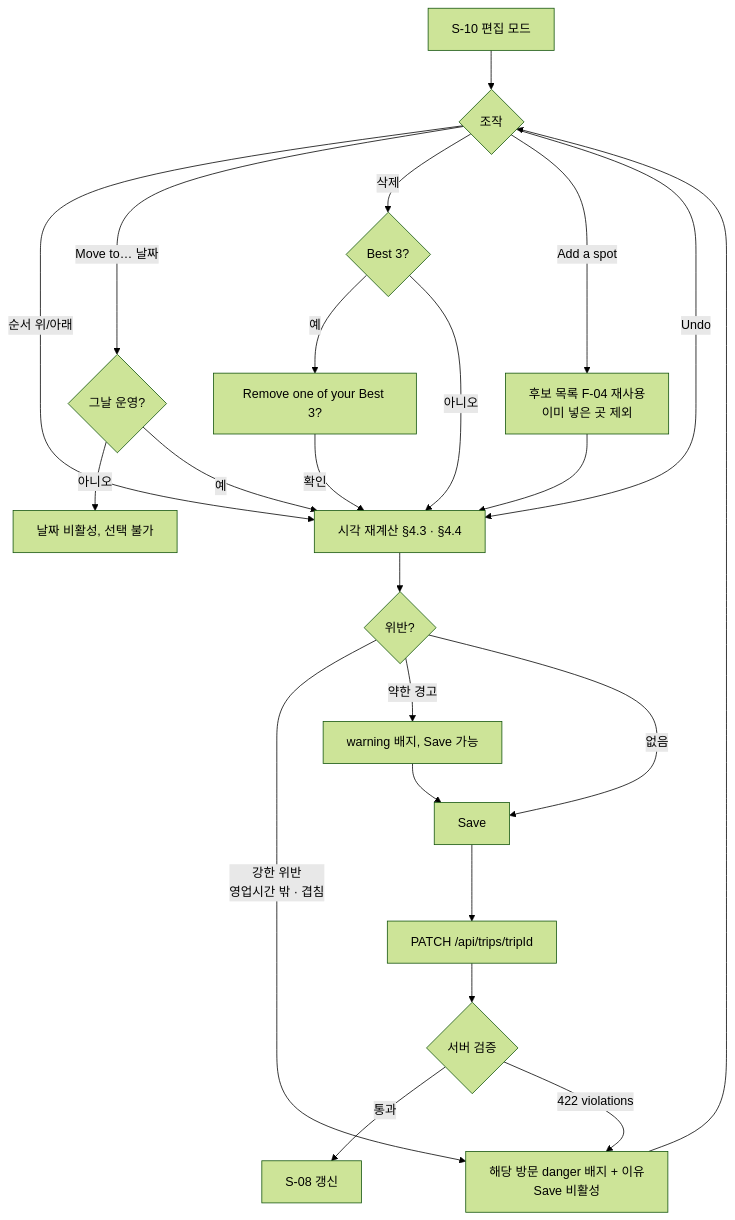
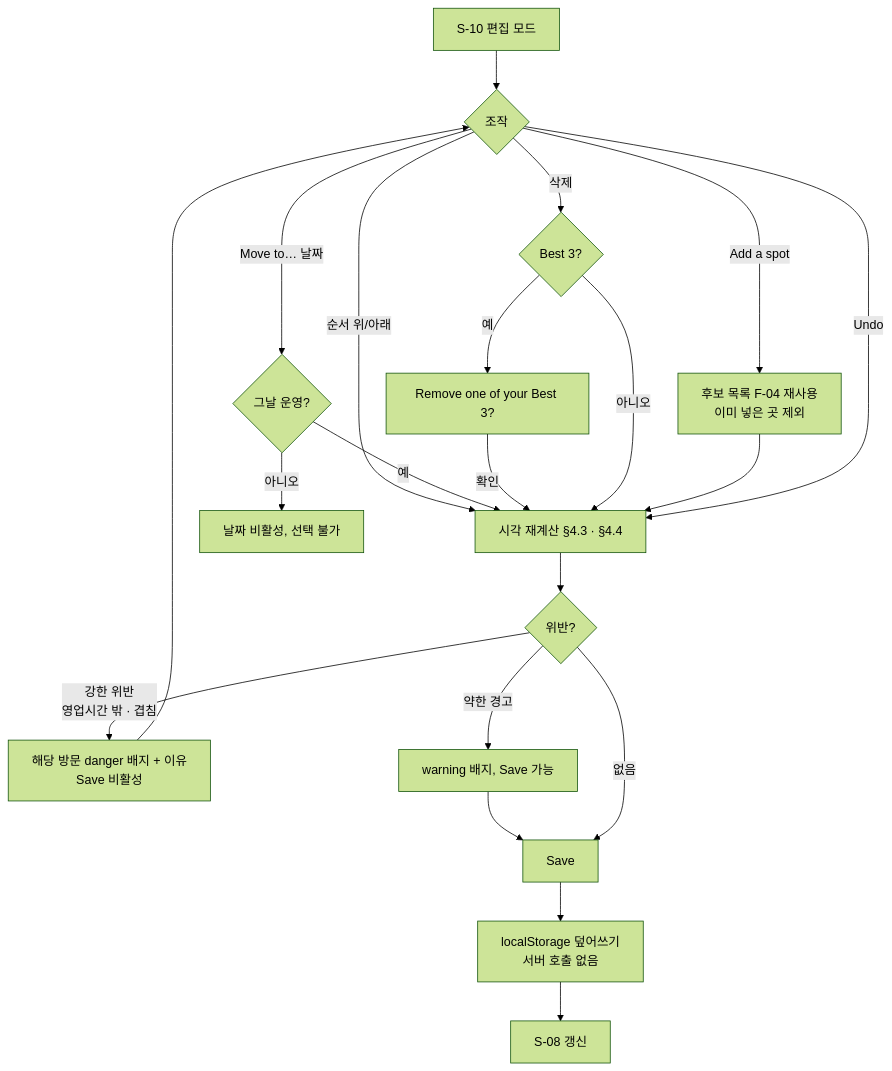
One commit to tlstkdgus/ULTSPOT changed the seventh of 11 diagrams in docs/specs/user-flow.md. Above: the diagram before and after it, drawn with Mermaid (forest theme). The commit also changed other lines of this file and 2 other files, not shown here.

````diff
--- a/docs/specs/user-flow.md
+++ b/docs/specs/user-flow.md
@@ -279,23 +280,21 @@
 ```mermaid
 flowchart TD
     E0[S-10 편집 모드] --> OP{조작}
     OP -- 순서 위/아래 --> RC
     OP -- Move to… 날짜 --> MV{그날 운영?}
     MV -- 아니오 --> MVX[날짜 비활성, 선택 불가]
     MV -- 예 --> RC
     OP -- 삭제 --> DB3{Best 3?}
     DB3 -- 예 --> DBC[Remove one of your Best 3?] -->|확인| RC
     DB3 -- 아니오 --> RC
     OP -- Add a spot --> AD[후보 목록 F-04 재사용<br/>이미 넣은 곳 제외] --> RC
     OP -- Undo --> RC
 
     RC[시각 재계산 §4.3 · §4.4] --> V{위반?}
     V -- 강한 위반<br/>영업시간 밖 · 겹침 --> VX[해당 방문 danger 배지 + 이유<br/>Save 비활성] --> OP
     V -- 약한 경고 --> VW[warning 배지, Save 가능] --> SV
     V -- 없음 --> SV[Save]
 
-    SV --> API[PATCH /api/trips/tripId]
-    API --> SR{서버 검증}
-    SR -- 통과 --> DONE[S-08 갱신]
-    SR -- 422 violations --> VX
+    SV --> API[localStorage 덮어쓰기<br/>서버 호출 없음]
+    API --> DONE[S-08 갱신]
 ```
````
